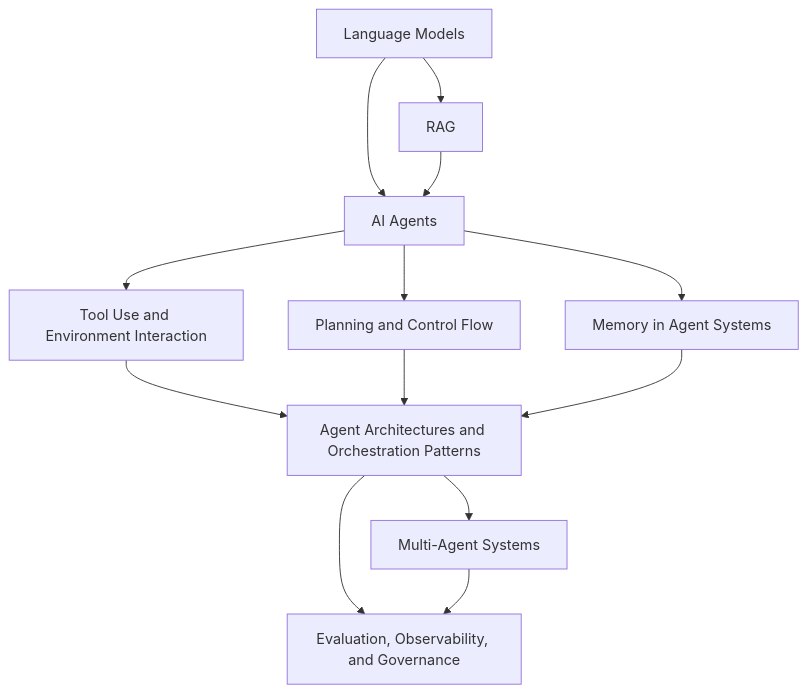
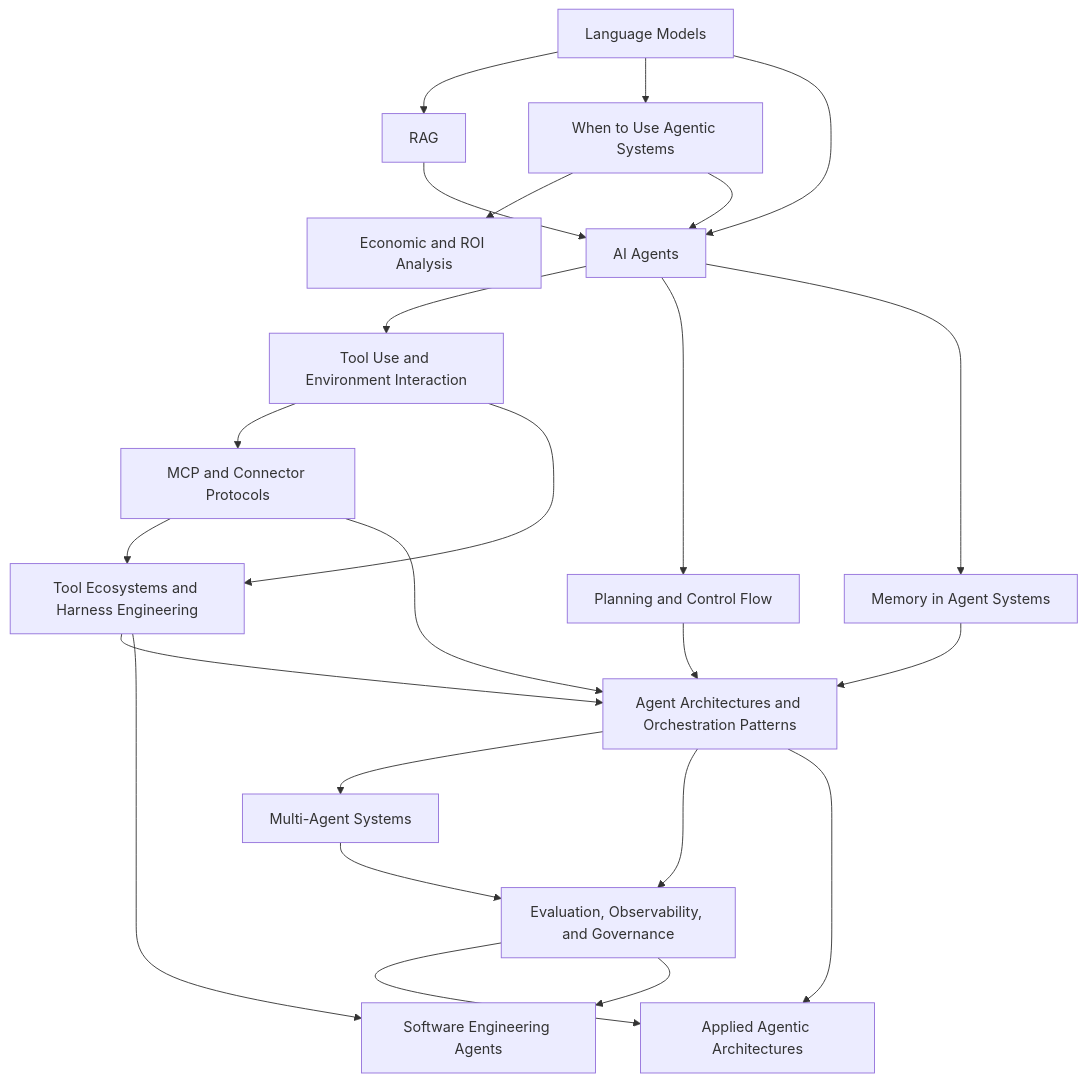
The diagram in 00 Home/Agentic Systems Index.md (Reezo912/My-notes), drawn with Mermaid before and after one commit. The commit also changed other lines of this file and 34 other files, not shown here.

Commit message:
Expand Agentic Systems phase 2 and formalize multi-agent workflow

````diff
--- a/00 Home/Agentic Systems Index.md
+++ b/00 Home/Agentic Systems Index.md
@@ -25,15 +25,26 @@
 ```mermaid
 flowchart TD
     A["Language Models"] --> B["RAG"]
+    A --> W["When to Use Agentic Systems"]
+    W --> R["Economic and ROI Analysis"]
+    W --> C["AI Agents"]
     A --> C["AI Agents"]
     B --> C
     C --> D["Tool Use and Environment Interaction"]
+    D --> L["MCP and Connector Protocols"]
+    D --> M["Tool Ecosystems and Harness Engineering"]
     C --> E["Planning and Control Flow"]
     C --> F["Memory in Agent Systems"]
-    D --> G["Agent Architectures and Orchestration Patterns"]
+    L --> M
+    L --> G["Agent Architectures and Orchestration Patterns"]
+    M --> G
     E --> G
     F --> G
     G --> H["Multi-Agent Systems"]
     G --> I["Evaluation, Observability, and Governance"]
     H --> I
+    G --> J["Applied Agentic Architectures"]
+    M --> K["Software Engineering Agents"]
+    I --> J
+    I --> K["Software Engineering Agents"]
 ```
````
